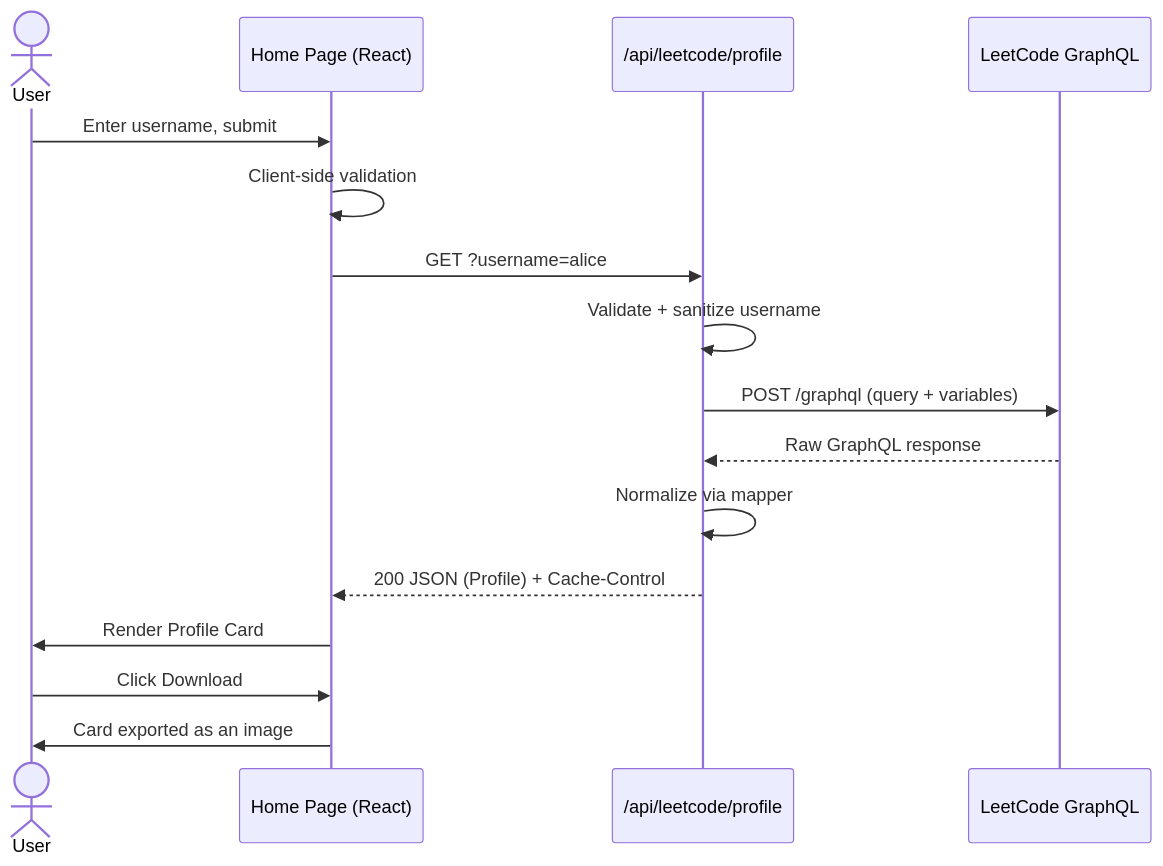
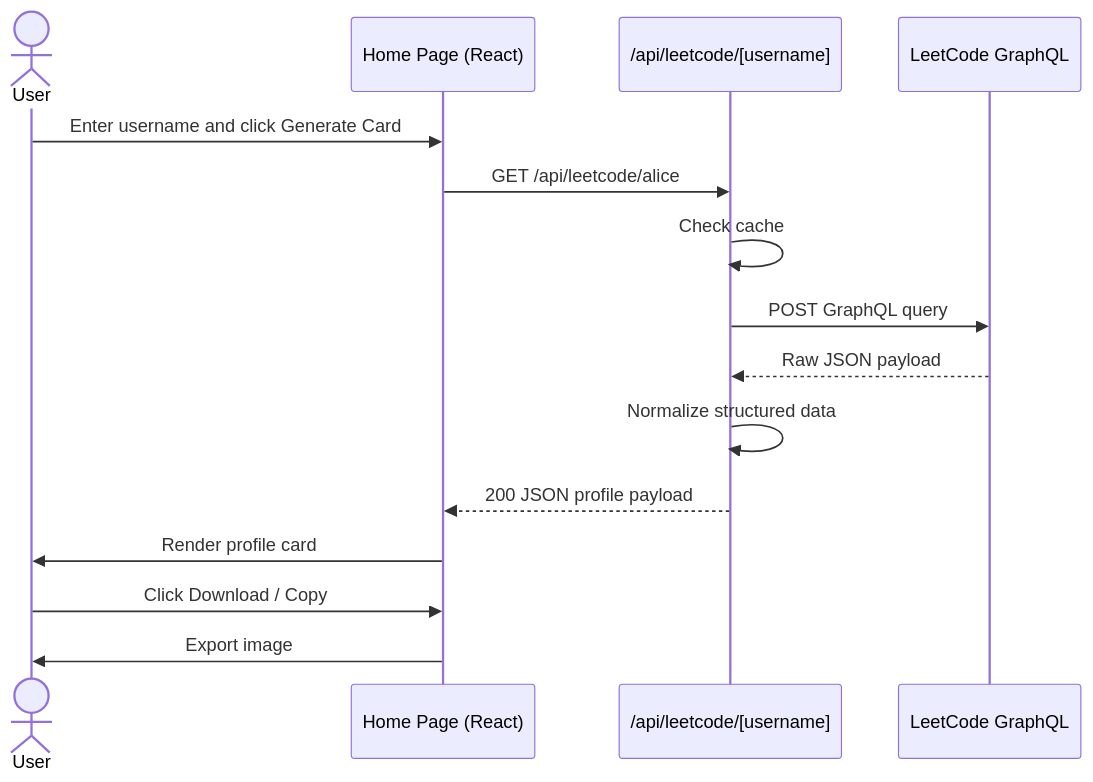
One commit to AritraC1/LeetInsight changed the third of 5 diagrams in README.md. Above: the diagram before and after it, drawn with Mermaid. The commit also changed other lines of this file, not shown here.

````diff
--- a/README.md
+++ b/README.md
@@ -308,19 +280,18 @@
 ```mermaid
 sequenceDiagram
     actor U as User
     participant UI as Home Page (React)
-    participant API as /api/leetcode/profile
+    participant API as /api/leetcode/[username]
     participant LC as LeetCode GraphQL
 
-    U->>UI: Enter username, submit
-    UI->>UI: Client-side validation
-    UI->>API: GET ?username=alice
-    API->>API: Validate + sanitize username
-    API->>LC: POST /graphql (query + variables)
-    LC-->>API: Raw GraphQL response
-    API->>API: Normalize via mapper
-    API-->>UI: 200 JSON (Profile) + Cache-Control
-    UI->>U: Render Profile Card
-    U->>UI: Click Download
-    UI->>U: Card exported as an image
+    U->>UI: Enter username and click Generate Card
+    UI->>API: GET /api/leetcode/alice
+    API->>API: Check cache
+    API->>LC: POST GraphQL query
+    LC-->>API: Raw JSON payload
+    API->>API: Normalize structured data
+    API-->>UI: 200 JSON profile payload
+    UI->>U: Render profile card
+    U->>UI: Click Download / Copy
+    UI->>U: Export image
 ```
````
